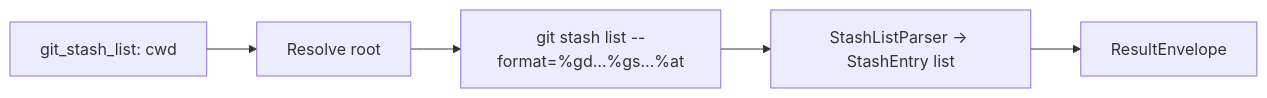
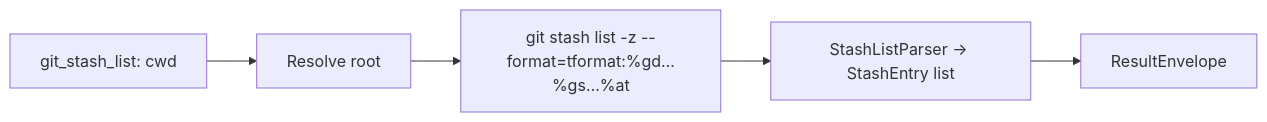
Diagram 12 of 15 in src/RaccoonNinja.McpToolset.Server.GitOps/README.md (brenordv/mcp-toolset), drawn with Mermaid before and after one commit. The commit also changed other lines of this file and 36 other files, not shown here.

````diff
--- a/src/RaccoonNinja.McpToolset.Server.GitOps/README.md
+++ b/src/RaccoonNinja.McpToolset.Server.GitOps/README.md
@@ -482,7 +493,7 @@
 ```mermaid
 flowchart LR
     A[git_stash_list: cwd] --> B[Resolve root]
-    B --> C["git stash list --format=%gd…%gs…%at"]
+    B --> C["git stash list -z --format=tformat:%gd…%gs…%at"]
     C --> D[StashListParser → StashEntry list]
     D --> E[ResultEnvelope]
 ```
````
